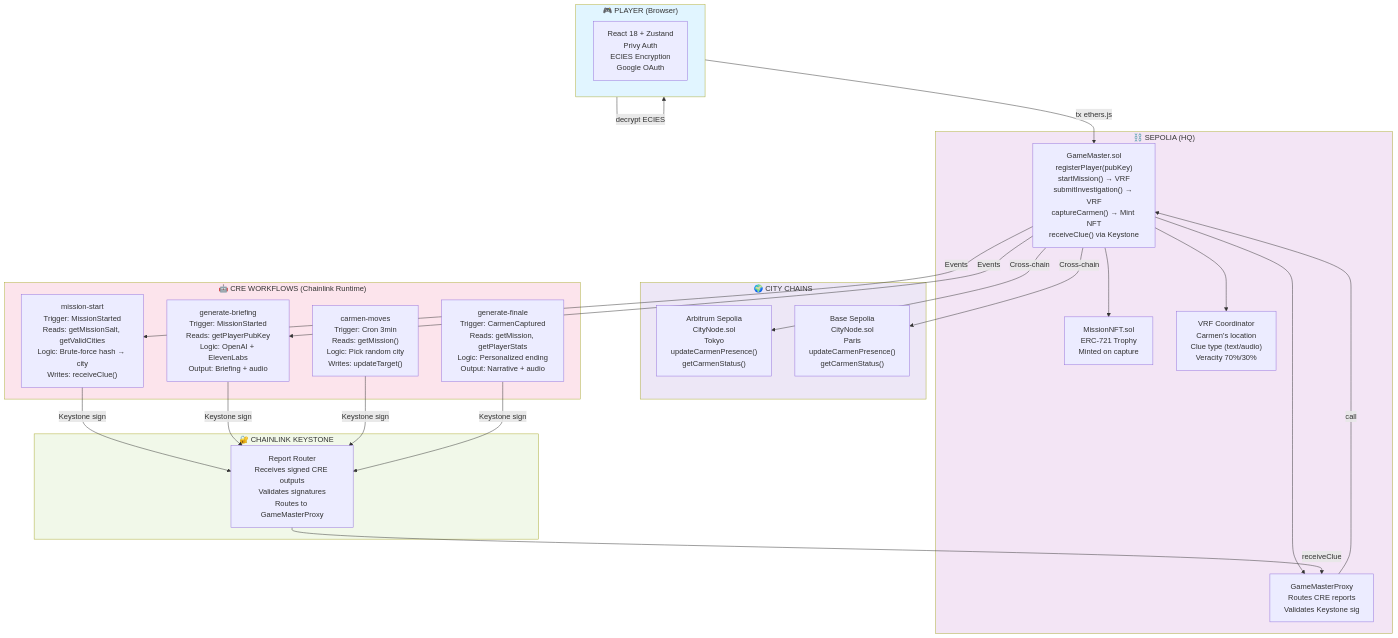
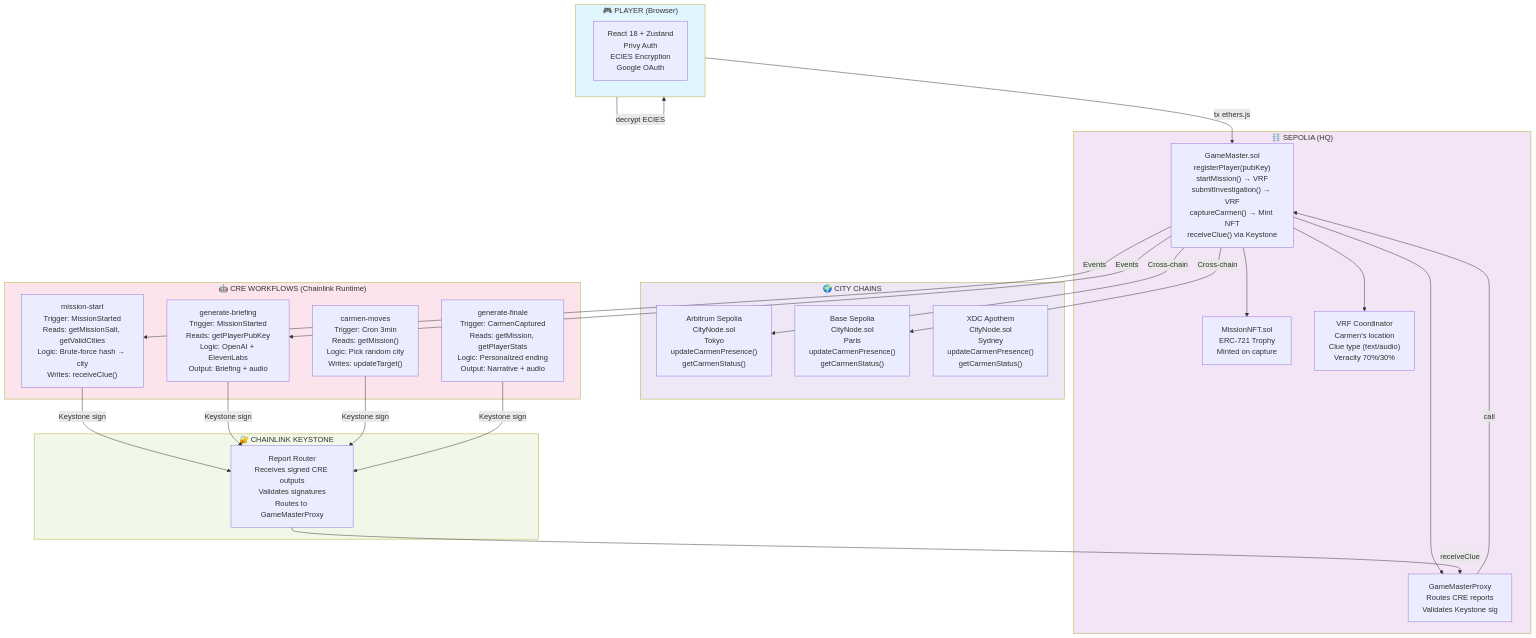
One commit to mtrn87/carmen-sandiego-onchain changed the first of 6 diagrams in docs/TECHNICAL_OVERVIEW.md. Above: the diagram before and after it, drawn with Mermaid. The commit also changed other lines of this file and 62 other files, not shown here.

````diff
--- a/docs/TECHNICAL_OVERVIEW.md
+++ b/docs/TECHNICAL_OVERVIEW.md
@@ -32,56 +32,57 @@
 ```mermaid
 graph TB
     subgraph Player["🎮 PLAYER (Browser)"]
         React["React 18 + Zustand<br/>Privy Auth<br/>ECIES Encryption<br/>Google OAuth"]
     end
 
     subgraph Sepolia["⛓️ SEPOLIA (HQ)"]
         GameMaster["GameMaster.sol<br/>registerPlayer(pubKey)<br/>startMission() → VRF<br/>submitInvestigation() → VRF<br/>captureCarmen() → Mint NFT<br/>receiveClue() via Keystone"]
         Proxy["GameMasterProxy<br/>Routes CRE reports<br/>Validates Keystone sig"]
         NFT["MissionNFT.sol<br/>ERC-721 Trophy<br/>Minted on capture"]
         VRF["VRF Coordinator<br/>Carmen's location<br/>Clue type (text/audio)<br/>Veracity 70%/30%"]
     end
 
     subgraph Cities["🌍 CITY CHAINS"]
         Tokyo["Arbitrum Sepolia<br/>CityNode.sol<br/>Tokyo<br/>updateCarmenPresence()<br/>getCarmenStatus()"]
         Paris["Base Sepolia<br/>CityNode.sol<br/>Paris<br/>updateCarmenPresence()<br/>getCarmenStatus()"]
+        Sydney["XDC Apothem<br/>CityNode.sol<br/>Sydney<br/>updateCarmenPresence()<br/>getCarmenStatus()"]
     end
 
     subgraph CRE["🤖 CRE WORKFLOWS (Chainlink Runtime)"]
         MissionStart["mission-start<br/>Trigger: MissionStarted<br/>Reads: getMissionSalt, getValidCities<br/>Logic: Brute-force hash → city<br/>Writes: receiveClue()"]
         GenBriefing["generate-briefing<br/>Trigger: MissionStarted<br/>Reads: getPlayerPubKey<br/>Logic: OpenAI + ElevenLabs<br/>Output: Briefing + audio"]
         CarmenMoves["carmen-moves<br/>Trigger: Cron 3min<br/>Reads: getMission()<br/>Logic: Pick random city<br/>Writes: updateTarget()"]
         GenFinale["generate-finale<br/>Trigger: CarmenCaptured<br/>Reads: getMission, getPlayerStats<br/>Logic: Personalized ending<br/>Output: Narrative + audio"]
     end
 
     subgraph Keystone["🔐 CHAINLINK KEYSTONE"]
         Router["Report Router<br/>Receives signed CRE outputs<br/>Validates signatures<br/>Routes to GameMasterProxy"]
     end
 
     Player -->|tx ethers.js| GameMaster
     Player -->|decrypt ECIES| Player
     
     GameMaster --> VRF
     GameMaster --> Proxy
     GameMaster --> NFT
     
     GameMaster -->|Cross-chain| Tokyo
     GameMaster -->|Cross-chain| Paris
     
     GameMaster -->|Events| MissionStart
     GameMaster -->|Events| GenBriefing
     
     MissionStart -->|Keystone sign| Router
     GenBriefing -->|Keystone sign| Router
     CarmenMoves -->|Keystone sign| Router
     GenFinale -->|Keystone sign| Router
     
     Router -->|receiveClue| Proxy
     Proxy -->|call| GameMaster
     
     style Player fill:#e1f5ff
     style Sepolia fill:#f3e5f5
     style Cities fill:#ede7f6
     style CRE fill:#fce4ec
     style Keystone fill:#f1f8e9
 ```
````
